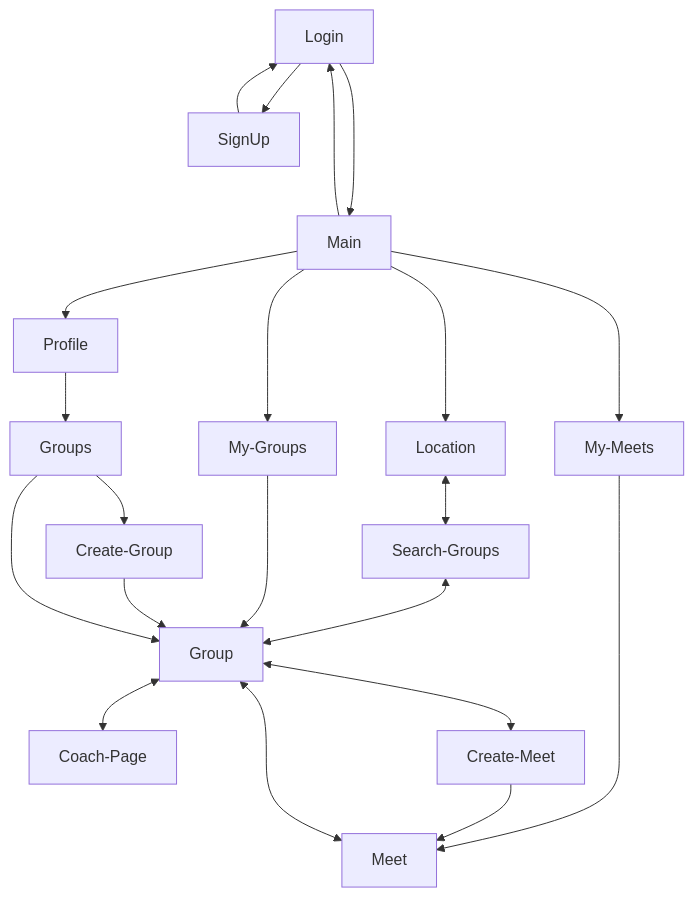
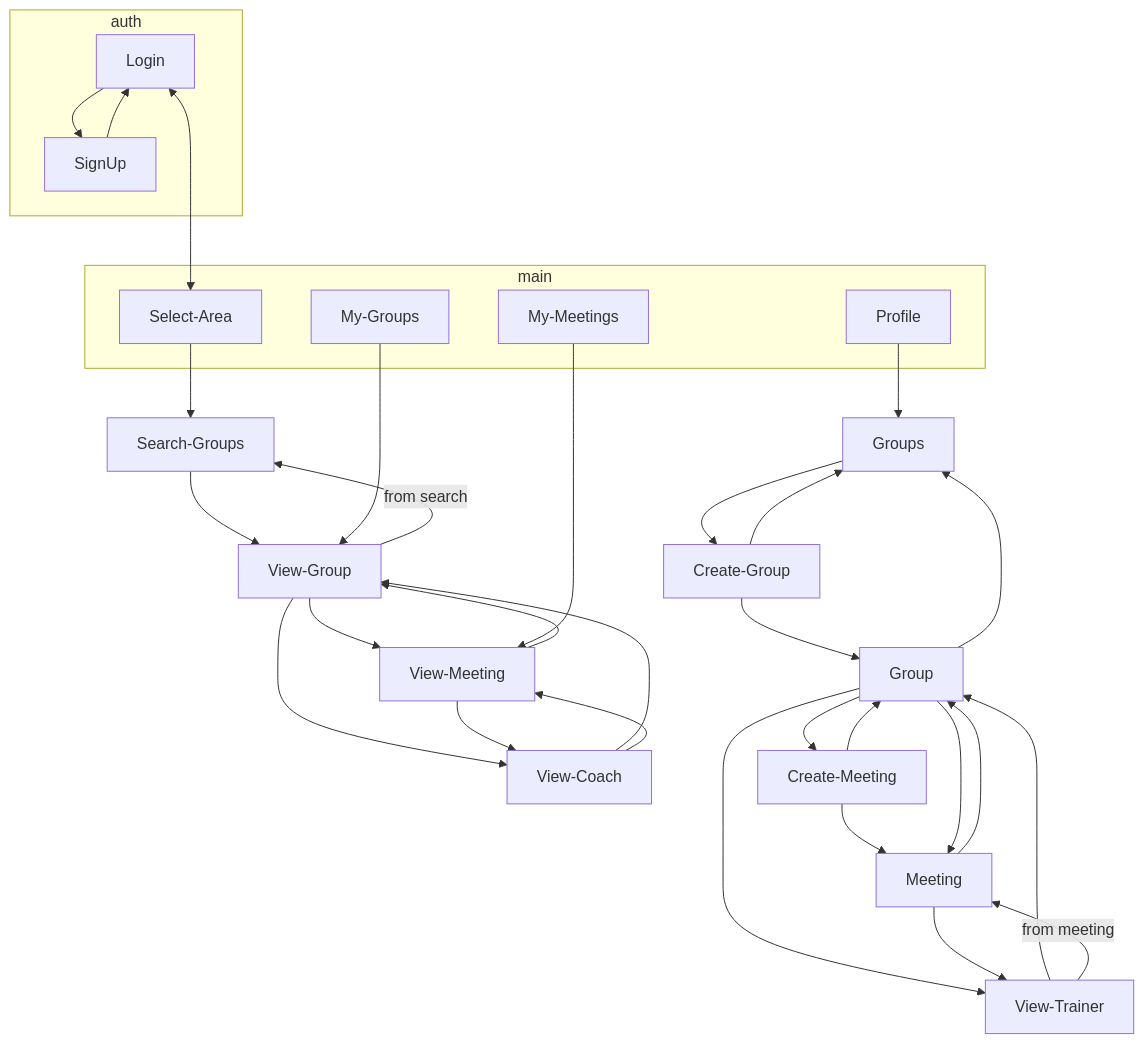
Before and after one commit to DorYanay/SoluTrain-Mobile-APP: the third of 3 diagrams in README.md, drawn with Mermaid. The commit also changed 19 other files, not shown here.

````diff
--- a/README.md
+++ b/README.md
@@ -165,17 +165,37 @@
 ```mermaid
 flowchart TD
+  subgraph auth
+    Login
+    SignUp
+  end
+  subgraph main
+    Select-Area     
+    My-Groups
+    My-Meetings
+    Profile
+  end
+  
   Login --> SignUp
   SignUp --> Login
-  Login ---> Main
-  Main --> Location & My-Groups & My-Meets & Profile
-  Main --> Login
-  Location <--> Search-Groups <--> Group
-  My-Groups ---> Group
-  My-Meets -----> Meet
+  Login <---> Select-Area
+  
+  Select-Area --> Search-Groups
+  Search-Groups --> View-Group
+  View-Group --> View-Meeting & View-Coach
+  My-Groups --> View-Group
+  View-Group -->|from search| Search-Groups
+  View-Meeting --> View-Group & View-Coach
+  View-Coach --> View-Group & View-Meeting
+  My-Meetings --> View-Meeting
+  
   Profile --> Groups
-  Groups --> Create-Group --> Group
-  Groups --> Group
-  Group <--> Coach-Page
-  Group <--> Create-Meet --> Meet
-  Group <--> Meet
+  Groups --> Create-Group
+  Create-Group --> Group & Groups
+  Group --> Groups
+  Group --> Create-Meeting
+  Create-Meeting --> Meeting & Group
+  Group --> Meeting & View-Trainer
+  Meeting --> View-Trainer & Group
+  View-Trainer --> Group
+  View-Trainer -->|from meeting| Meeting
 ```
````
